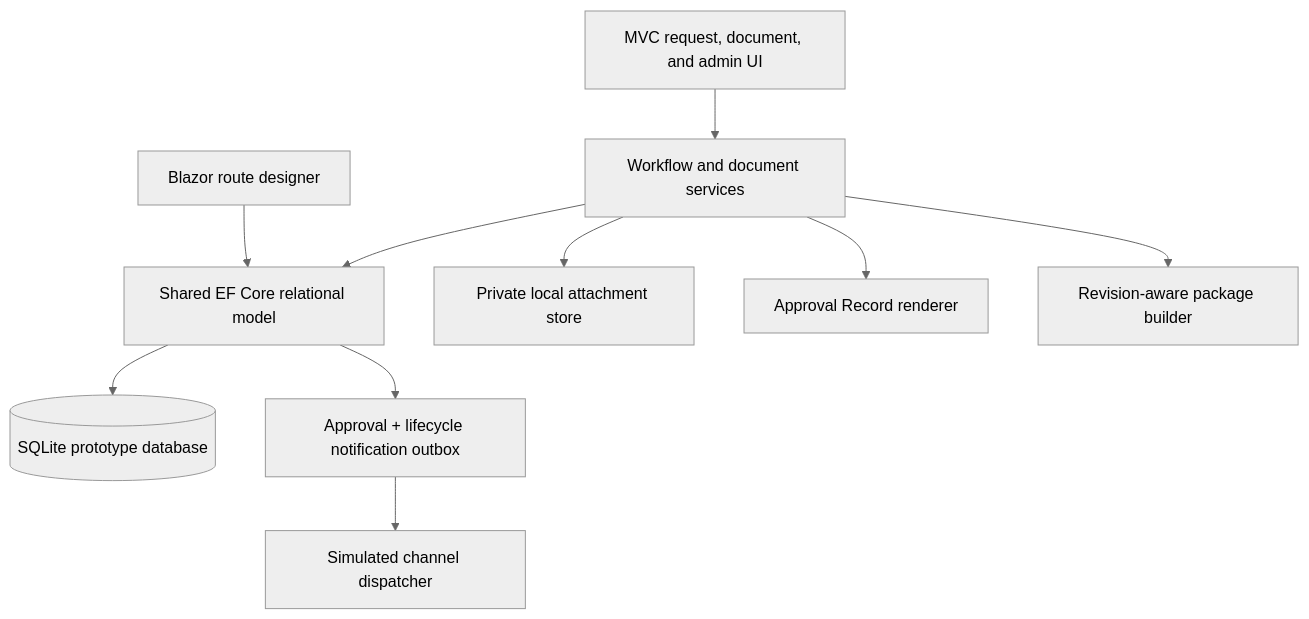
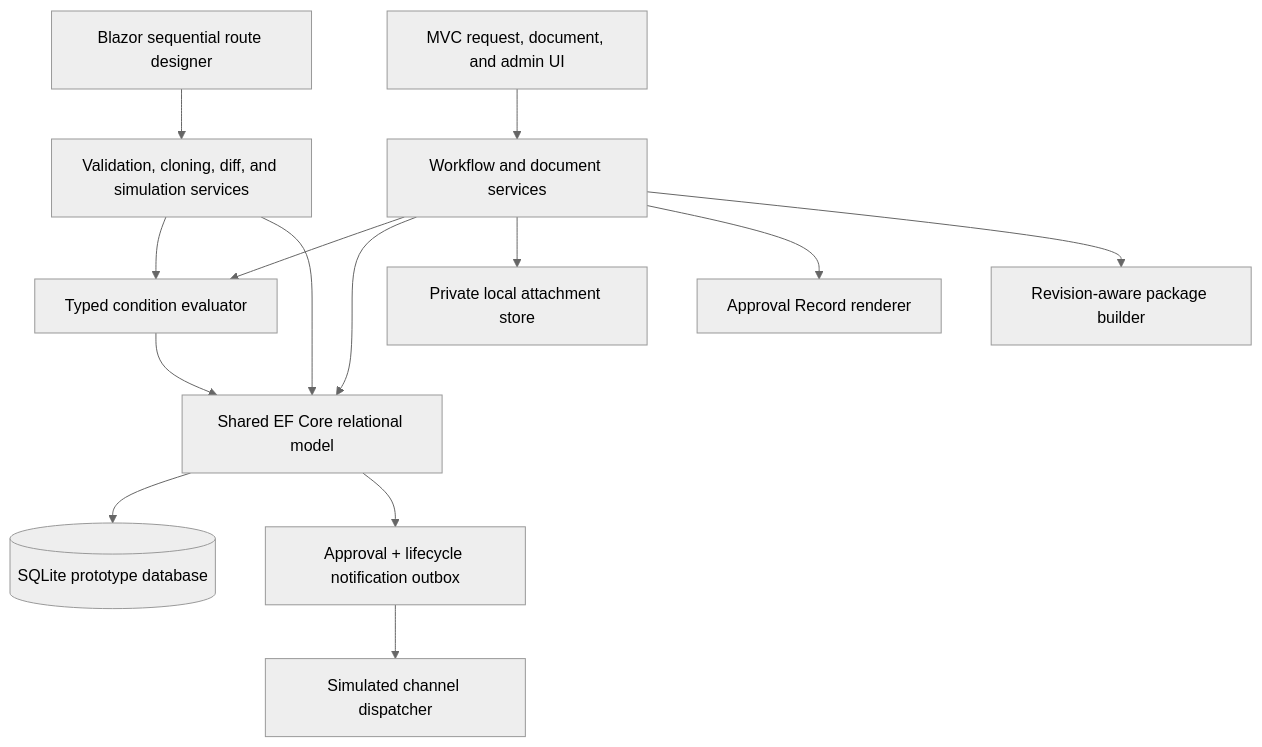
Before and after one commit to cjlitson/document-approval-demo: the first of 4 diagrams in docs/architecture.md, drawn with Mermaid (neutral theme). The commit also changed other lines of this file and 26 other files, not shown here.

Commit message:
Upgrade route designer and condition engine

````diff
--- a/docs/architecture.md
+++ b/docs/architecture.md
@@ -5,12 +5,16 @@
 ```mermaid
 flowchart TD
     MVC["MVC request, document, and admin UI"] --> Services["Workflow and document services"]
-    Designer["Blazor route designer"] --> EF["Shared EF Core relational model"]
+    Designer["Blazor sequential route designer"] --> Config["Validation, cloning, diff, and simulation services"]
+    Config --> Evaluator["Typed condition evaluator"]
+    Services --> Evaluator
+    Evaluator --> EF["Shared EF Core relational model"]
+    Config --> EF
     Services --> EF
     EF --> SQLite[("SQLite prototype database")]
     Services --> Files["Private local attachment store"]
     Services --> PDF["Approval Record renderer"]
     Services --> ZIP["Revision-aware package builder"]
     EF --> Outbox["Approval + lifecycle notification outbox"]
     Outbox --> Worker["Simulated channel dispatcher"]
 ```
````
